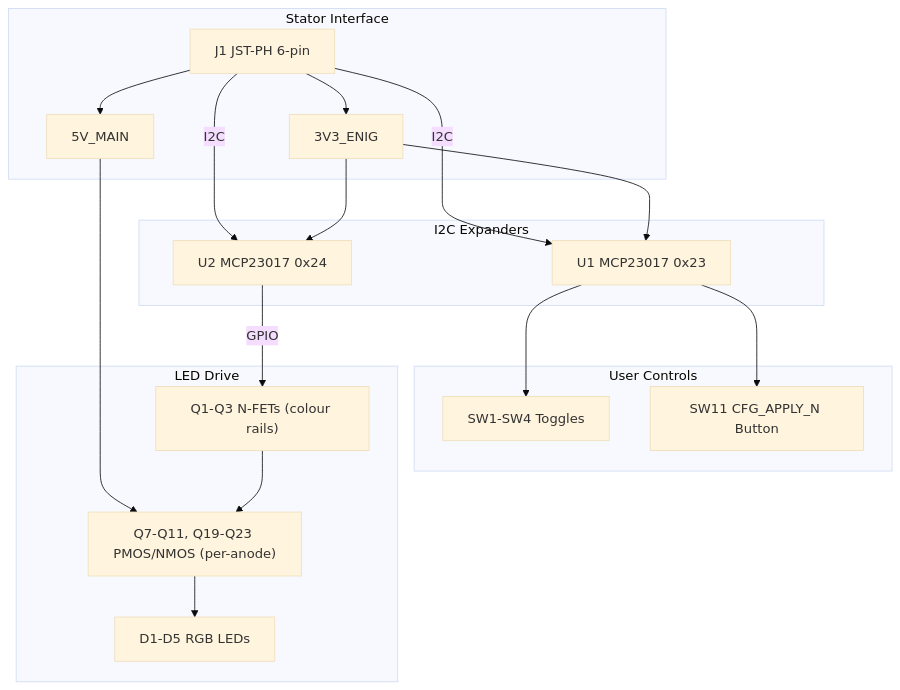
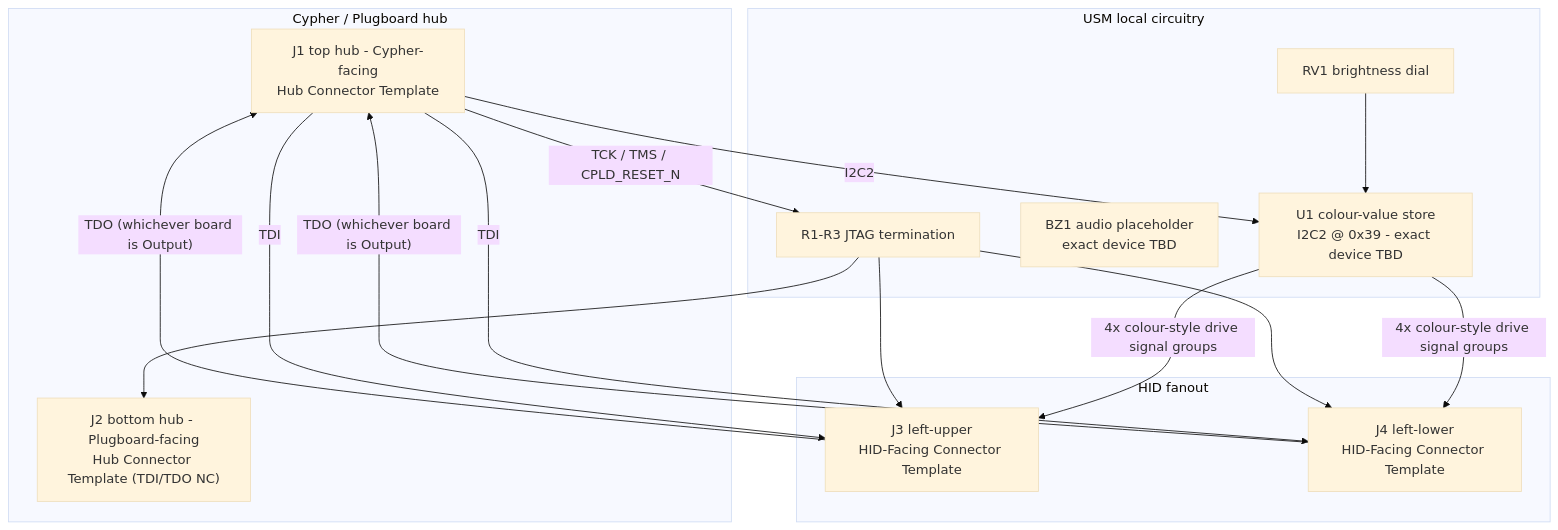
Before and after one commit to thepinkmile/Enigma-NG: the diagram in design/Electronics/User_Settings_Module/Design_Spec.md, drawn with Mermaid (base theme). The commit also changed other lines of this file and 20 other files, not shown here.

First line of the commit message:
USM to Cypher-Input Updates

````diff
--- a/design/Electronics/User_Settings_Module/Design_Spec.md
+++ b/design/Electronics/User_Settings_Module/Design_Spec.md
@@ -78,37 +65,38 @@
 ```mermaid
 flowchart TD
-  subgraph stator["Stator Interface"]
-    J1["J1 JST-PH 6-pin"]
-    r3v3["3V3_ENIG"]
-    r5v["5V_MAIN"]
+  subgraph hub["Cypher / Plugboard hub"]
+    J1["J1 top hub - Cypher-facing
+Hub Connector Template"]
+    J2["J2 bottom hub - Plugboard-facing
+Hub Connector Template (TDI/TDO NC)"]
   end
 
-  subgraph expanders["I2C Expanders"]
-    U1["U1 MCP23017 0x23"]
-    U2["U2 MCP23017 0x24"]
+  subgraph hid["HID fanout"]
+    J3["J3 left-upper
+HID-Facing Connector Template"]
+    J4["J4 left-lower
+HID-Facing Connector Template"]
   end
 
-  subgraph controls["User Controls"]
-    SW1_4["SW1-SW4 Toggles"]
-    SW11["SW11 CFG_APPLY_N Button"]
+  subgraph local["USM local circuitry"]
+    U1["U1 colour-value store
+I2C2 @ 0x39 - exact device TBD"]
+    RV1["RV1 brightness dial"]
+    BZ1["BZ1 audio placeholder
+exact device TBD"]
+    R123["R1-R3 JTAG termination"]
   end
 
-  subgraph led_drive["LED Drive"]
-    Q1_3["Q1-Q3 N-FETs (colour rails)"]
-    Q7_23["Q7-Q11, Q19-Q23 PMOS/NMOS (per-anode)"]
-    D1_5["D1-D5 RGB LEDs"]
-  end
-
-  J1 -- "I2C" --> U1
-  J1 -- "I2C" --> U2
-  J1 --> r3v3
-  J1 --> r5v
-  r3v3 --> U1
-  r3v3 --> U2
-  r5v --> Q7_23
-  U1 --> SW1_4
-  U1 --> SW11
-  U2 -- "GPIO" --> Q1_3
-  Q1_3 --> Q7_23
-  Q7_23 --> D1_5
+  J1 -- "I2C2" --> U1
+  U1 -- "4x colour-style drive signal groups" --> J3
+  U1 -- "4x colour-style drive signal groups" --> J4
+  RV1 --> U1
+  J1 -- "TCK / TMS / CPLD_RESET_N" --> R123
+  R123 --> J2
+  R123 --> J3
+  R123 --> J4
+  J1 -- "TDI" --> J3
+  J1 -- "TDI" --> J4
+  J3 -- "TDO (whichever board is Output)" --> J1
+  J4 -- "TDO (whichever board is Output)" --> J1
 ```
````
